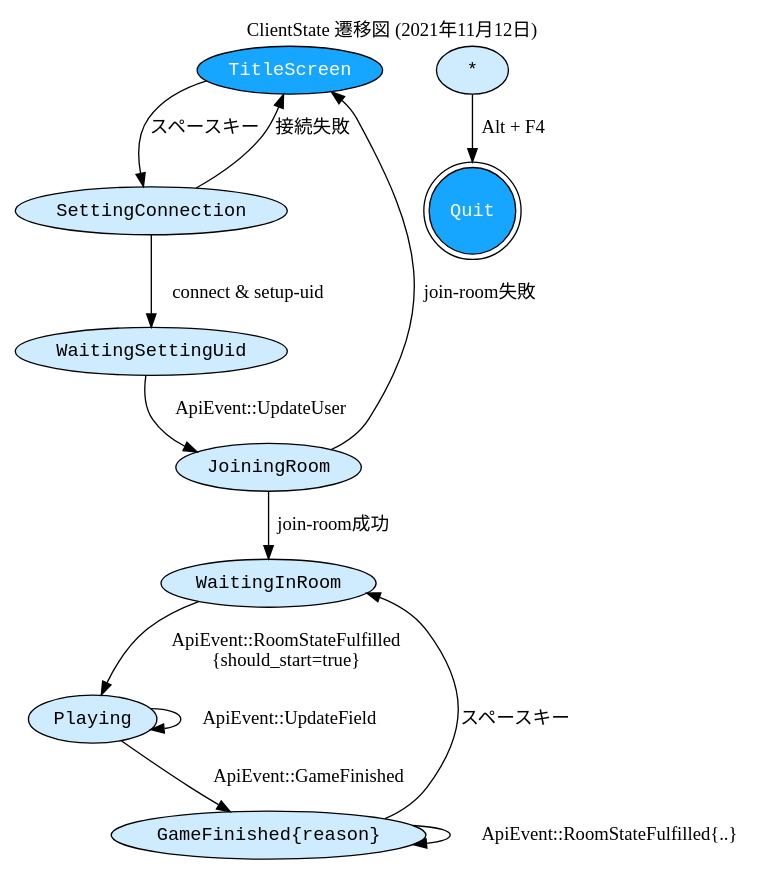
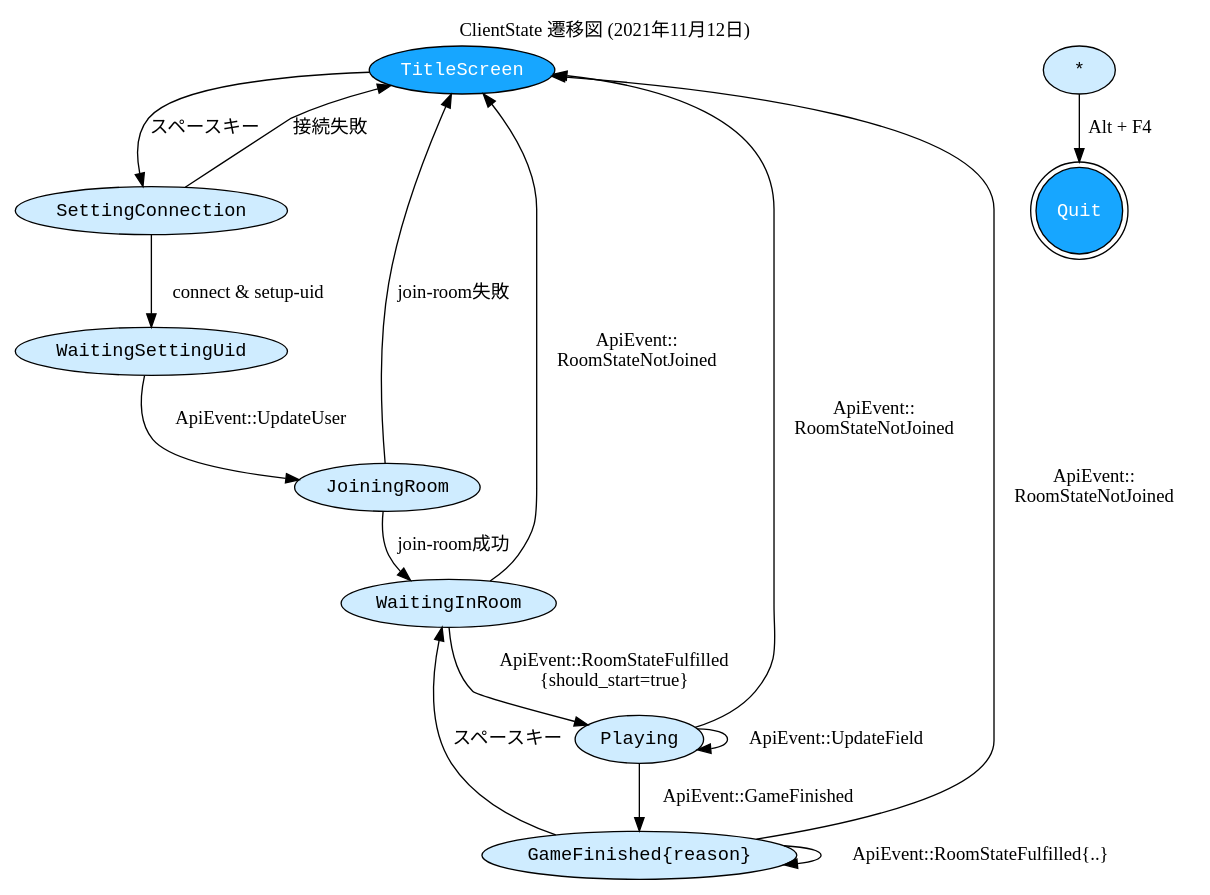
The diagram in doc/ClientState.dot (kcs1959/BlockingIO-client), drawn with Graphviz before and after one commit. The commit also changed 2 other files, not shown here.

Commit message:
WaitingInRoom, Playing, GameFinishedのときにNotJoinedが送られてきたらタイトルに戻る
close #3

```diff
--- a/doc/ClientState.dot
+++ b/doc/ClientState.dot
@@ -1,86 +1,98 @@
 digraph ClientState {
   graph [
     charset = "UTF-8"
   ];
   label = "ClientState 遷移図 (2021年11月12日)"
   labelloc = t
   labeljust = c
   rankdir = TB
   layout = dot
   
   node [
     fontname = "HackGen, Consolas, monospace"
     shape = ellipse
     style = filled
     fillcolor = "#cfecff"
   ];
   edge [];
 
   TitleScreen [
     fontcolor = white
     fillcolor = "#17a6ff" 
   ];
   SettingConnection;
   WaitingSettingUid;
   JoiningRoom;
   WaitingInRoom;
   Playing;
   GameFinished [ label = "GameFinished{reason}" ];
   Quit [ 
     shape=doublecircle
     fontcolor = white
     fillcolor = "#17a6ff"  
   ];
   any [ label = "*" ];
 
 
   TitleScreen -> SettingConnection [
     label = "スペースキー"
   ];
 
   SettingConnection -> TitleScreen [
     label = "接続失敗"
   ];
 
   SettingConnection -> WaitingSettingUid [
     label = "connect & setup-uid"
   ];
 
   WaitingSettingUid -> JoiningRoom [
     label = "ApiEvent::UpdateUser"
   ];
 
   JoiningRoom -> WaitingInRoom [
     label = "join-room成功"
   ];
 
   JoiningRoom -> TitleScreen [
     label = "join-room失敗"
   ];
 
   WaitingInRoom -> Playing [
     label = "ApiEvent::RoomStateFulfilled\n{should_start=true}"
   ];
 
   Playing -> Playing [
     label = "ApiEvent::UpdateField"
   ];
 
   Playing -> GameFinished [
     label = "ApiEvent::GameFinished"
   ];
 
   GameFinished -> WaitingInRoom [
     label = "スペースキー"
   ];
 
   GameFinished -> GameFinished [
     label = "ApiEvent::RoomStateFulfilled{..}"
   ];
 
+  GameFinished -> TitleScreen [
+    label = "ApiEvent::\nRoomStateNotJoined"
+  ];
+
+  WaitingInRoom -> TitleScreen [
+    label = "ApiEvent::\nRoomStateNotJoined"
+  ];
+
+  Playing -> TitleScreen [
+    label = "ApiEvent::\nRoomStateNotJoined"
+  ];
+
 
 
   any -> Quit [
     label = "Alt + F4"
   ];
 }
```
